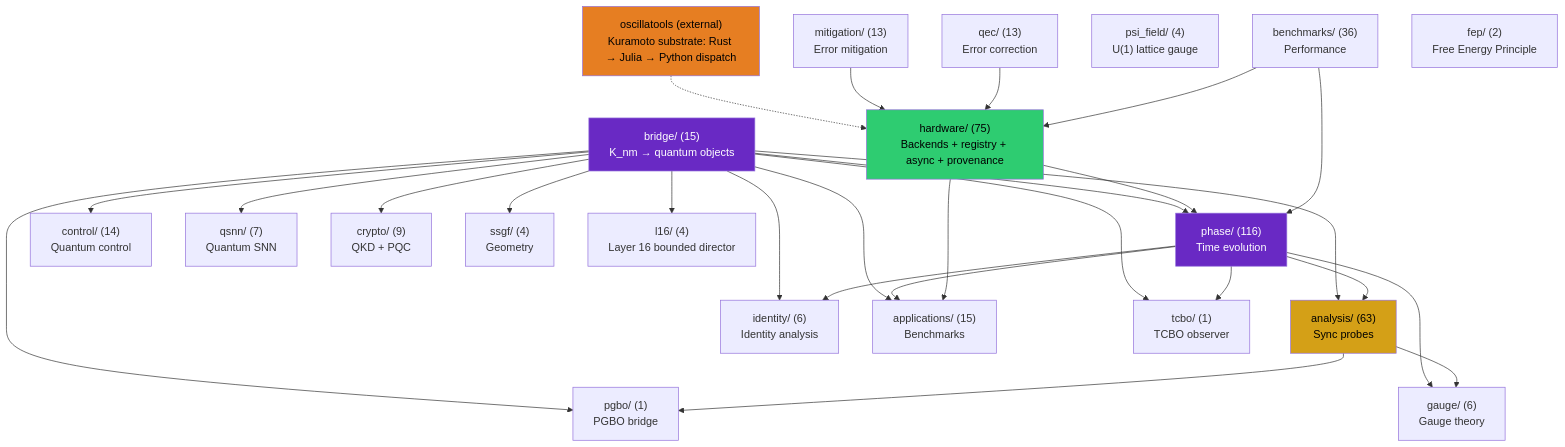
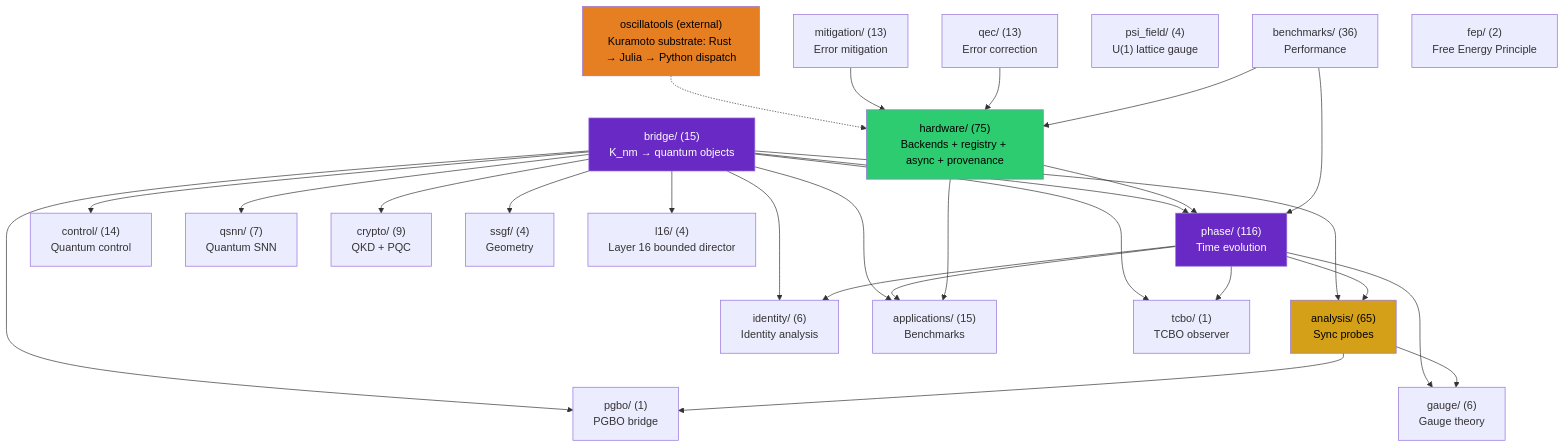
The first of 4 diagrams in docs/architecture.md (anulum/scpn-quantum-control), drawn with Mermaid before and after one commit. The commit also changed other lines of this file and 28 other files, not shown here.

````diff
--- a/docs/architecture.md
+++ b/docs/architecture.md
@@ -401,55 +401,55 @@
 ```mermaid
 graph TD
     bridge["bridge/ (15)\nK_nm → quantum objects"]
     phase["phase/ (116)\nTime evolution"]
-    analysis["analysis/ (63)\nSync probes"]
+    analysis["analysis/ (65)\nSync probes"]
     control["control/ (14)\nQuantum control"]
     qsnn["qsnn/ (7)\nQuantum SNN"]
     identity["identity/ (6)\nIdentity analysis"]
     hardware["hardware/ (75)\nBackends + registry + async + provenance"]
     mitigation["mitigation/ (13)\nError mitigation"]
     qec["qec/ (13)\nError correction"]
     gauge["gauge/ (6)\nGauge theory"]
     apps["applications/ (15)\nBenchmarks"]
     crypto["crypto/ (9)\nQKD + PQC"]
     benchmarks["benchmarks/ (36)\nPerformance"]
     ssgf["ssgf/ (4)\nGeometry"]
     psi_field["psi_field/ (4)\nU(1) lattice gauge"]
     oscillatools["oscillatools (external)\nKuramoto substrate: Rust → Julia → Python dispatch"]
     fep["fep/ (2)\nFree Energy Principle"]
     tcbo["tcbo/ (1)\nTCBO observer"]
     pgbo["pgbo/ (1)\nPGBO bridge"]
     l16["l16/ (4)\nLayer 16 bounded director"]
 
     bridge --> phase
     bridge --> analysis
     bridge --> control
     bridge --> qsnn
     bridge --> identity
     bridge --> apps
     bridge --> crypto
     bridge --> ssgf
     phase --> analysis
     phase --> identity
     phase --> apps
     phase --> gauge
     analysis --> gauge
     hardware --> phase
     hardware --> apps
     oscillatools -.-> hardware
     mitigation --> hardware
     qec --> hardware
     benchmarks --> phase
     benchmarks --> hardware
     bridge --> tcbo
     bridge --> pgbo
     bridge --> l16
     phase --> tcbo
     analysis --> pgbo
 
     style bridge fill:#6929C4,color:#fff
     style analysis fill:#d4a017,color:#000
     style phase fill:#6929C4,color:#fff
     style hardware fill:#2ecc71,color:#000
     style oscillatools fill:#e67e22,color:#000
 ```
````
